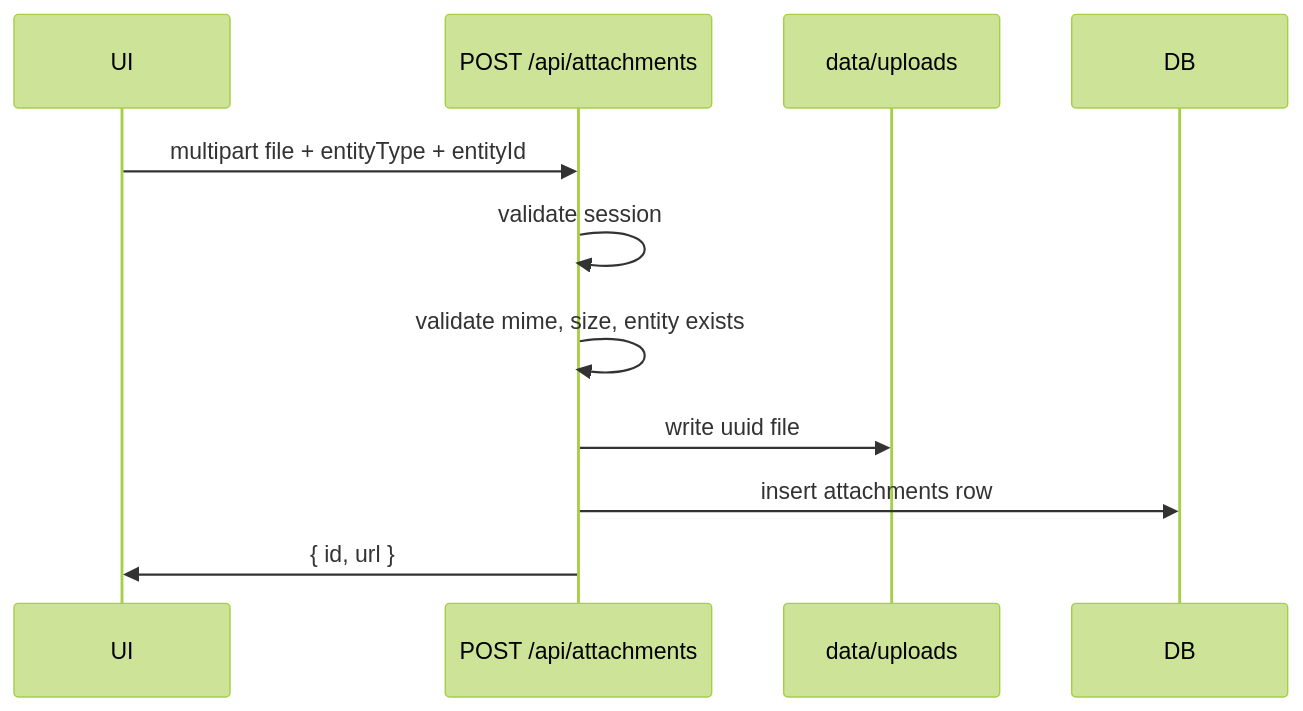
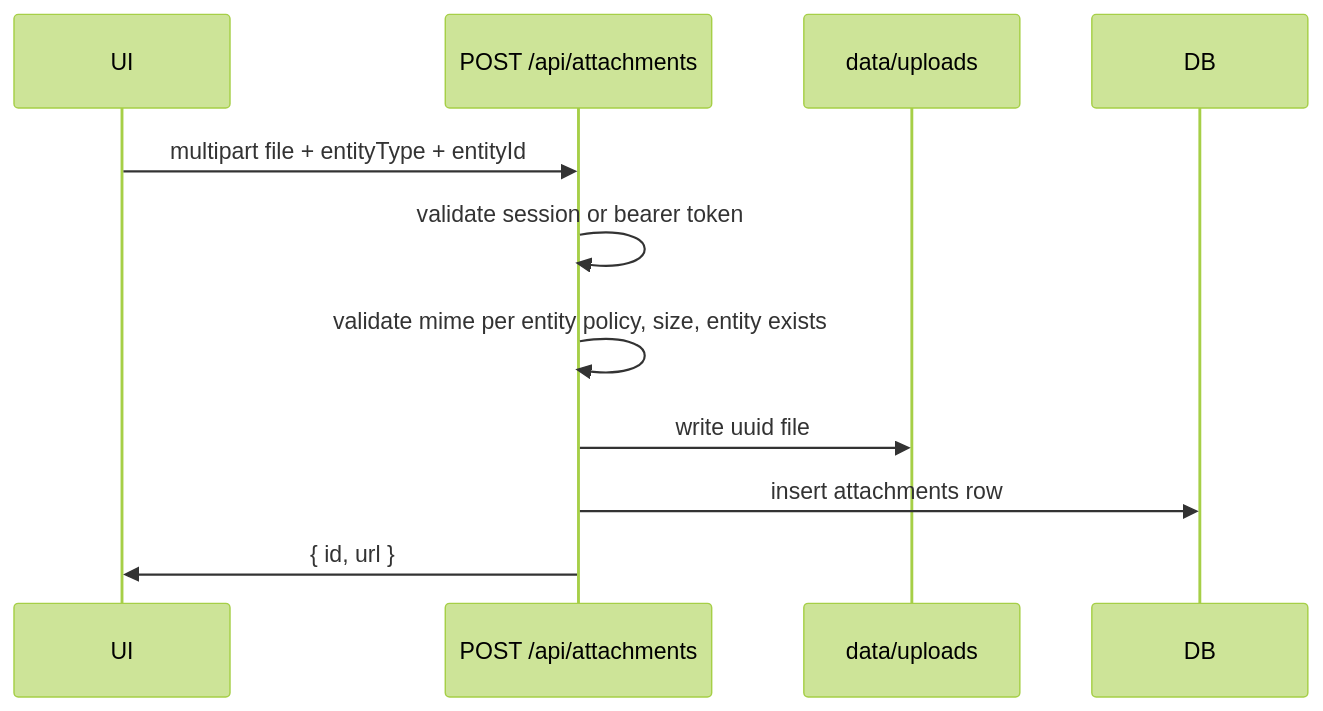
One commit to csubj/hearth changed the diagram in docs/design/07_attachments.md. Above: the diagram before and after it, drawn with Mermaid (forest theme). The commit also changed other lines of this file and 142 other files, not shown here.

````diff
--- a/docs/design/07_attachments.md
+++ b/docs/design/07_attachments.md
@@ -58,14 +83,14 @@
 ```mermaid
 sequenceDiagram
   participant UI
   participant API as POST /api/attachments
   participant FS as data/uploads
   participant DB
 
   UI->>API: multipart file + entityType + entityId
-  API->>API: validate session
-  API->>API: validate mime, size, entity exists
+  API->>API: validate session or bearer token
+  API->>API: validate mime per entity policy, size, entity exists
   API->>FS: write uuid file
   API->>DB: insert attachments row
   API->>UI: { id, url }
 ```
````
